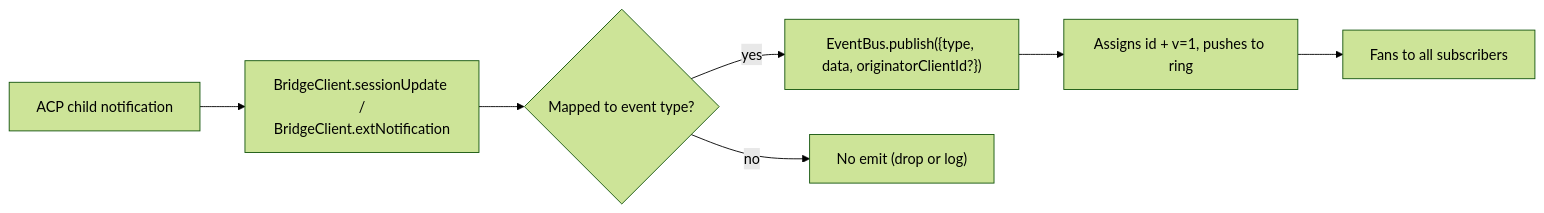
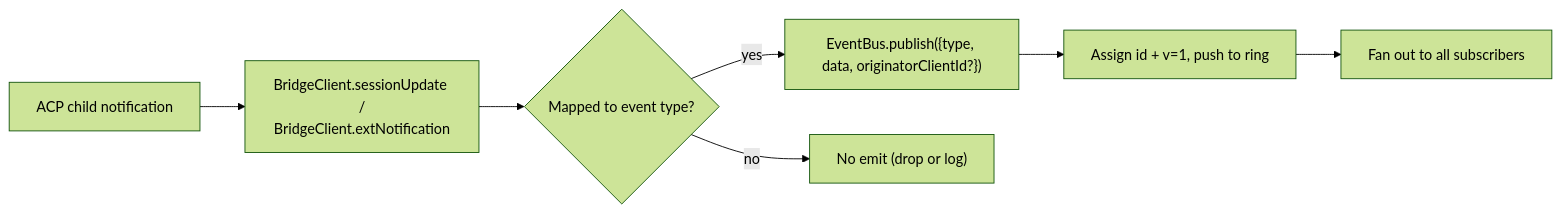
The first of 2 diagrams in docs/developers/daemon/09-event-schema.md (QwenLM/qwen-code), drawn with Mermaid (forest theme) before and after one commit. The commit also changed other lines of this file and 23 other files, not shown here.

````diff
--- a/docs/developers/daemon/09-event-schema.md
+++ b/docs/developers/daemon/09-event-schema.md
@@ -168,9 +168,9 @@
 ```mermaid
 flowchart LR
     A["ACP child notification"] --> B["BridgeClient.sessionUpdate /<br/>BridgeClient.extNotification"]
     B --> C{"Mapped to event type?"}
     C -->|yes| D["EventBus.publish({type, data, originatorClientId?})"]
     C -->|no| E["No emit (drop or log)"]
-    D --> F["Assigns id + v=1, pushes to ring"]
-    F --> G["Fans to all subscribers"]
+    D --> F["Assign id + v=1, push to ring"]
+    F --> G["Fan out to all subscribers"]
 ```
````
